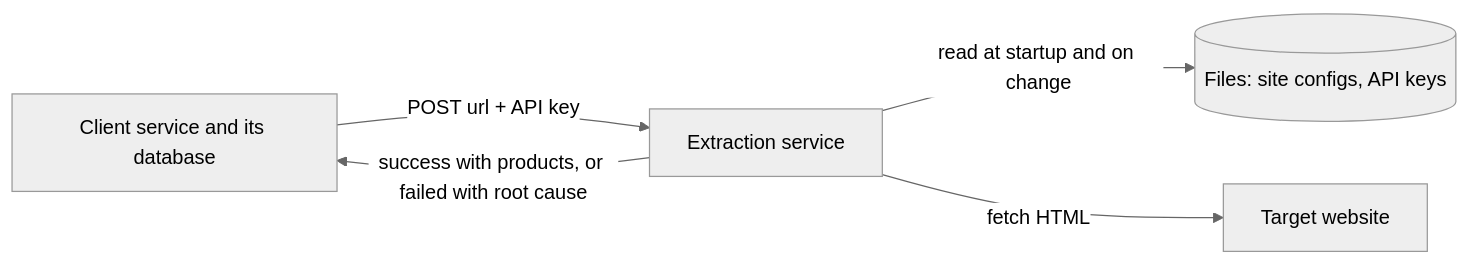
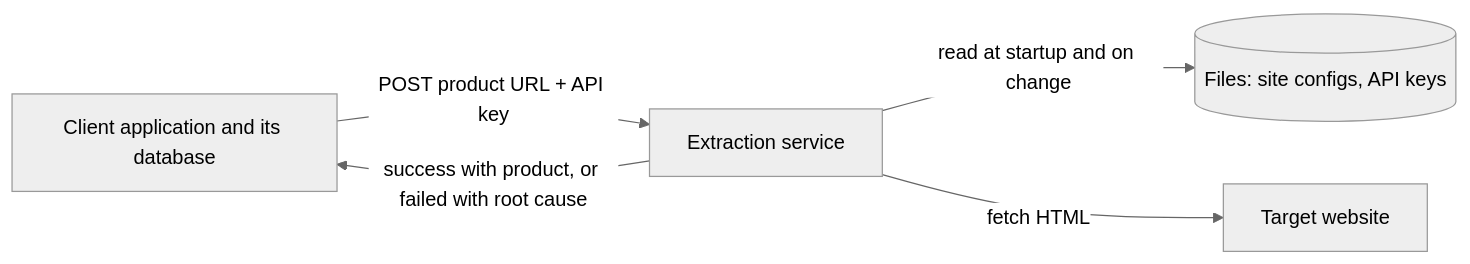
One commit to mobintmu/go-wordpress changed the first of 3 diagrams in md/SYNC_EXTRACTION_PROPOSAL.md. Above: the diagram before and after it, drawn with Mermaid (neutral theme). The commit also changed other lines of this file and 4 other files, not shown here.

````diff
--- a/md/SYNC_EXTRACTION_PROPOSAL.md
+++ b/md/SYNC_EXTRACTION_PROPOSAL.md
@@ -16,7 +18,7 @@
 ```mermaid
 flowchart LR
-    C[Client service and its database] -->|POST url + API key| S[Extraction service]
+    C[Client application and its database] -->|POST product URL + API key| S[Extraction service]
     S -->|read at startup and on change| F[(Files: site configs, API keys)]
     S -->|fetch HTML| W[Target website]
-    S -->|success with products, or failed with root cause| C
+    S -->|success with product, or failed with root cause| C
 ```
````
